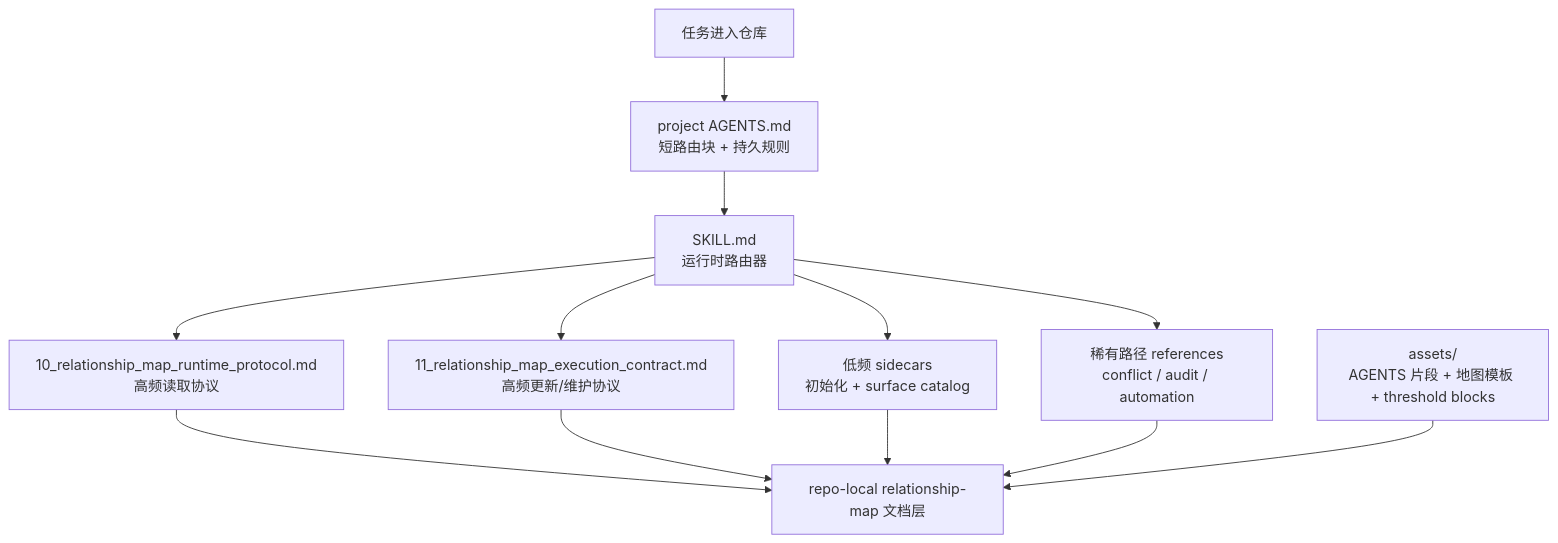
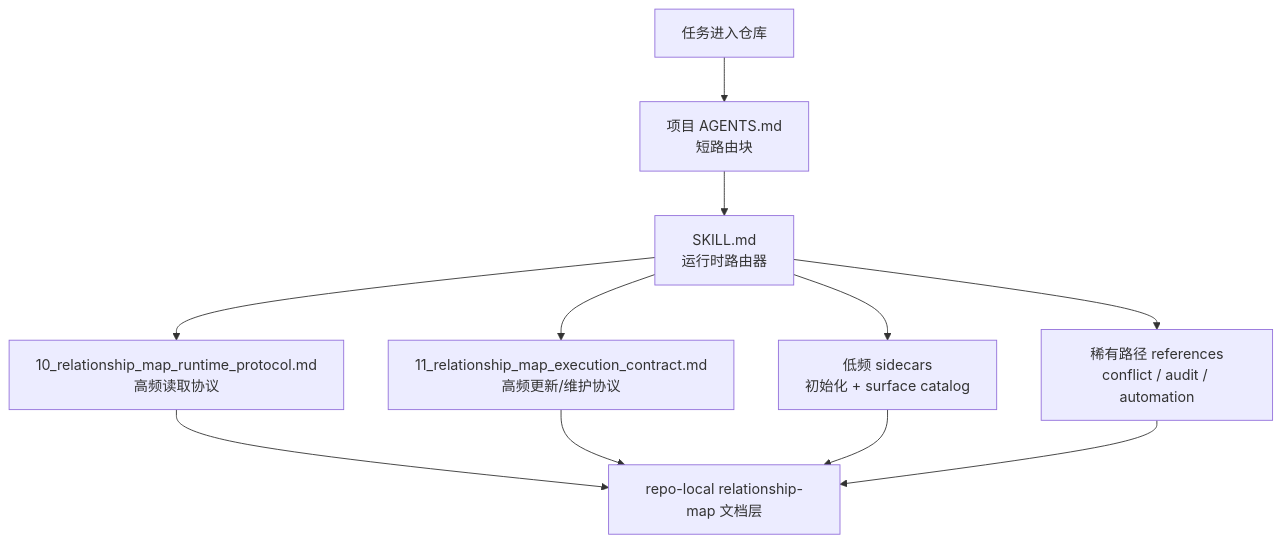
The diagram in README.zh-CN.md (1972143344-max/relationship-map-maintenance-skill), drawn with Mermaid before and after one commit. The commit also changed other lines of this file and 3 other files, not shown here.

````diff
--- a/README.zh-CN.md
+++ b/README.zh-CN.md
@@ -9,14 +11,13 @@
 ```mermaid
 flowchart TD
-    A["任务进入仓库"] --> B["project AGENTS.md<br/>短路由块 + 持久规则"]
+    A["任务进入仓库"] --> B["项目 AGENTS.md<br/>短路由块"]
     B --> C["SKILL.md<br/>运行时路由器"]
     C --> D["10_relationship_map_runtime_protocol.md<br/>高频读取协议"]
     C --> E["11_relationship_map_execution_contract.md<br/>高频更新/维护协议"]
     C --> F["低频 sidecars<br/>初始化 + surface catalog"]
     C --> G["稀有路径 references<br/>conflict / audit / automation"]
     D --> H["repo-local relationship-map 文档层"]
     E --> H
     F --> H
     G --> H
-    I["assets/<br/>AGENTS 片段 + 地图模板 + threshold blocks"] --> H
 ```
````
